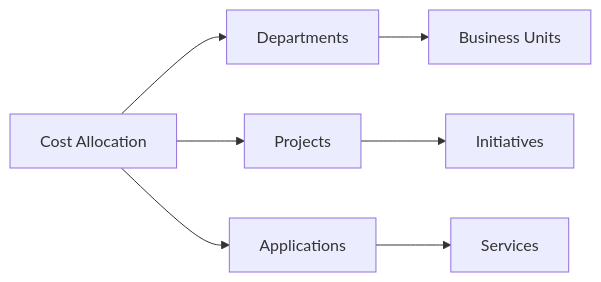
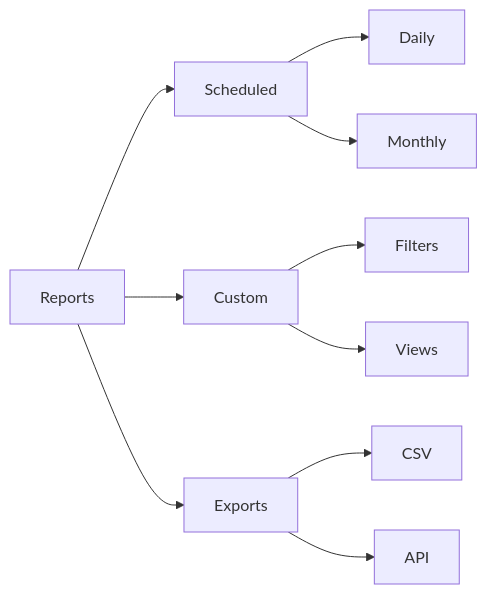
The third of 15 diagrams in src/azure/az-104/Cost_Management.md (saravanakumarrc/Architecture_Journey), drawn with Mermaid before and after one commit. The commit also changed other lines of this file and 6 other files, not shown here.

````diff
--- a/src/azure/az-104/Cost_Management.md
+++ b/src/azure/az-104/Cost_Management.md
@@ -57,10 +55,15 @@
 ```mermaid
 graph LR
-    A[Cost Allocation] --> B[Departments]
-    A --> C[Projects]
-    A --> D[Applications]
+    A[Reports] --> B[Scheduled]
+    A --> C[Custom]
+    A --> D[Exports]
     
-    B --> E[Business Units]
-    C --> F[Initiatives]
-    D --> G[Services]
+    B --> E[Daily]
+    B --> F[Monthly]
+    
+    C --> G[Filters]
+    C --> H[Views]
+    
+    D --> I[CSV]
+    D --> J[API]
 ```
````
